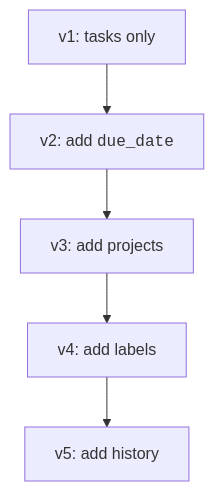
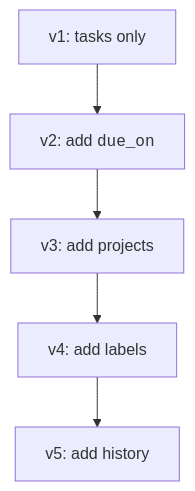
One commit to dataslope/dataslope changed the second of 10 diagrams in content/courses/database-design-postgresql/why-schemas-change.mdx. Above: the diagram before and after it, drawn with Mermaid. The commit also changed 1380 other files, not shown here.

````diff
--- a/content/courses/database-design-postgresql/why-schemas-change.mdx
+++ b/content/courses/database-design-postgresql/why-schemas-change.mdx
@@ -42,7 +42,7 @@
 ```mermaid
 flowchart TD
-    V1["v1: tasks only"] --> V2["v2: add <code>due_date</code>"]
+    V1["v1: tasks only"] --> V2["v2: add <code>due_on</code>"]
     V2 --> V3["v3: add projects"]
     V3 --> V4["v4: add labels"]
     V4 --> V5["v5: add history"]
 ```
````
